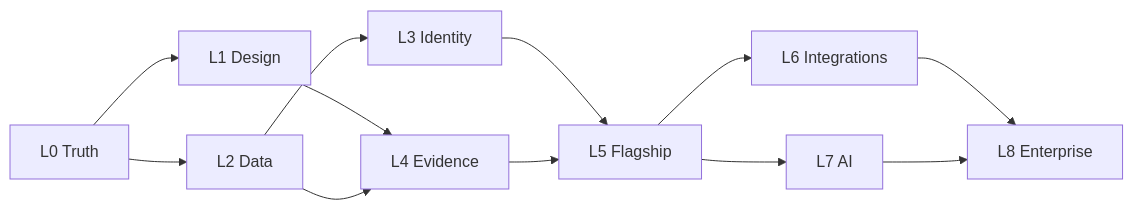
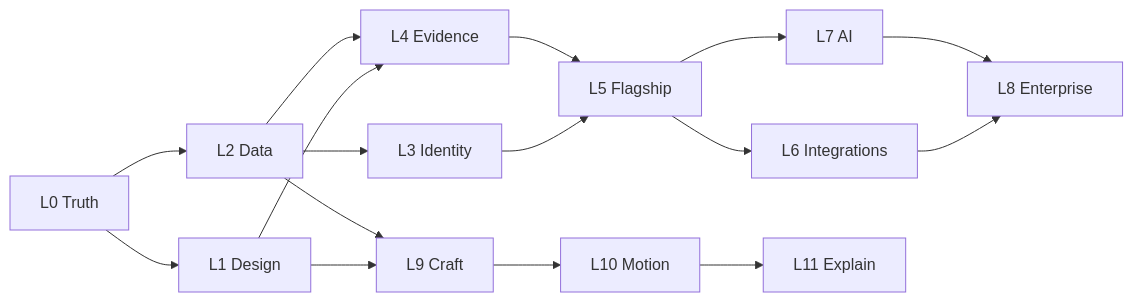
The diagram in docs/LOOP_GRAPH.md (houssem98/onward-spark-studio), drawn with Mermaid before and after one commit. The commit also changed other lines of this file and 8 other files, not shown here.

````diff
--- a/docs/LOOP_GRAPH.md
+++ b/docs/LOOP_GRAPH.md
@@ -35,14 +39,18 @@
 ```mermaid
 flowchart LR
   L0[L0 Truth] --> L1[L1 Design]
   L0 --> L2[L2 Data]
   L2 --> L3[L3 Identity]
   L1 --> L4[L4 Evidence]
   L2 --> L4
   L3 --> L5[L5 Flagship]
   L4 --> L5
   L5 --> L6[L6 Integrations]
   L5 --> L7[L7 AI]
   L6 --> L8[L8 Enterprise]
   L7 --> L8
+  L1 --> L9[L9 Craft]
+  L2 --> L9
+  L9 --> L10[L10 Motion]
+  L10 --> L11[L11 Explain]
 ```
````
